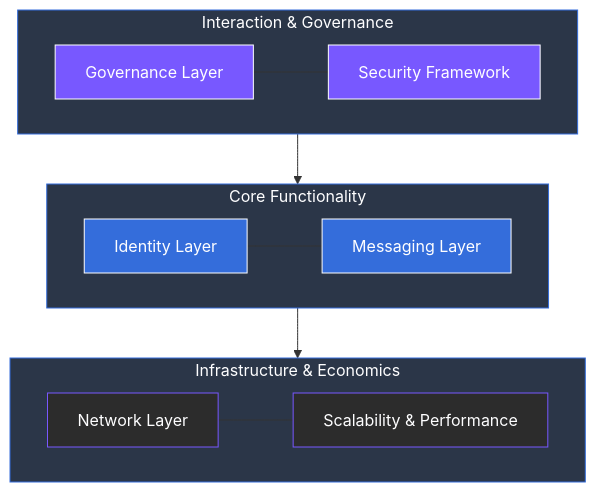
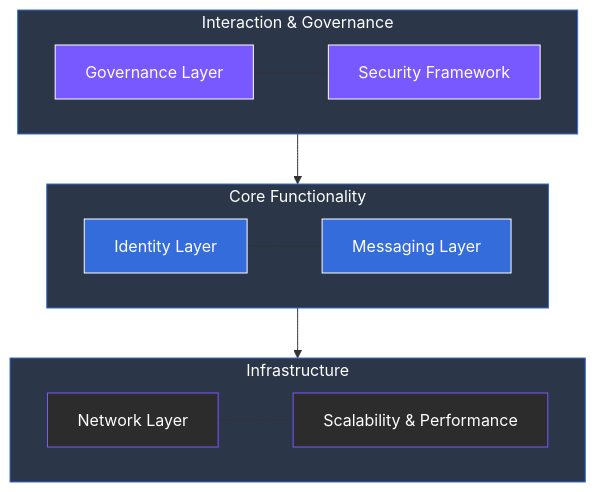
Before and after one commit to unusnullus/docs-xmtp-org: the diagram in gitbook/home/5-system-architecture/README.md, drawn with Mermaid. The commit also changed other lines of this file and 32 other files, not shown here.

````diff
--- a/gitbook/home/5-system-architecture/README.md
+++ b/gitbook/home/5-system-architecture/README.md
@@ -22,36 +24,36 @@
 ```mermaid
 graph TD
     %% Global Styling
     accTitle: ARX System Layers
     accDescr: Visualizing the modular hierarchy of the ARX technical architecture.
 
     subgraph TOP ["Interaction & Governance"]
         L5[Governance Layer] --- L4[Security Framework]
     end
 
     subgraph MID ["Core Functionality"]
         L3[Identity Layer] --- L2[Messaging Layer]
     end
 
-    subgraph BOT ["Infrastructure & Economics"]
+    subgraph BOT ["Infrastructure"]
         L1[Network Layer] --- L0[Scalability & Performance]
     end
 
     %% Flow of data/logic
     TOP --> MID
     MID --> BOT
 
     %% Apply Brand Palette
     style L5 fill:#7858ff,stroke:#fefeff,color:#fefeff
     style L4 fill:#7858ff,stroke:#fefeff,color:#fefeff
     
     style L3 fill:#346ddb,stroke:#fefeff,color:#fefeff
     style L2 fill:#346ddb,stroke:#fefeff,color:#fefeff
     
     style L1 fill:#2c2c2c,stroke:#7858ff,color:#fefeff
     style L0 fill:#2c2c2c,stroke:#7858ff,color:#fefeff
 
     style TOP fill:#2B3648,stroke:#346ddb,color:#fefeff
     style MID fill:#2B3648,stroke:#346ddb,color:#fefeff
     style BOT fill:#2B3648,stroke:#346ddb,color:#fefeff
 ```
````
